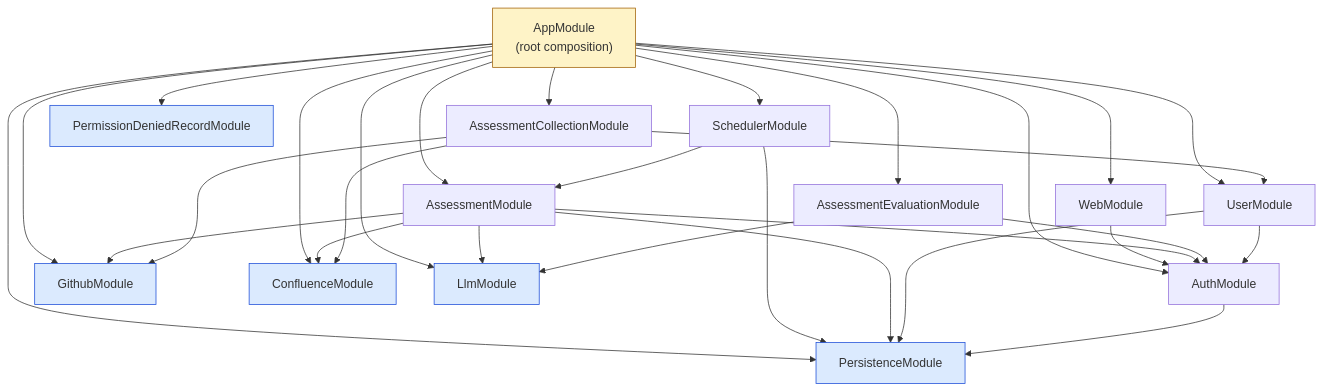
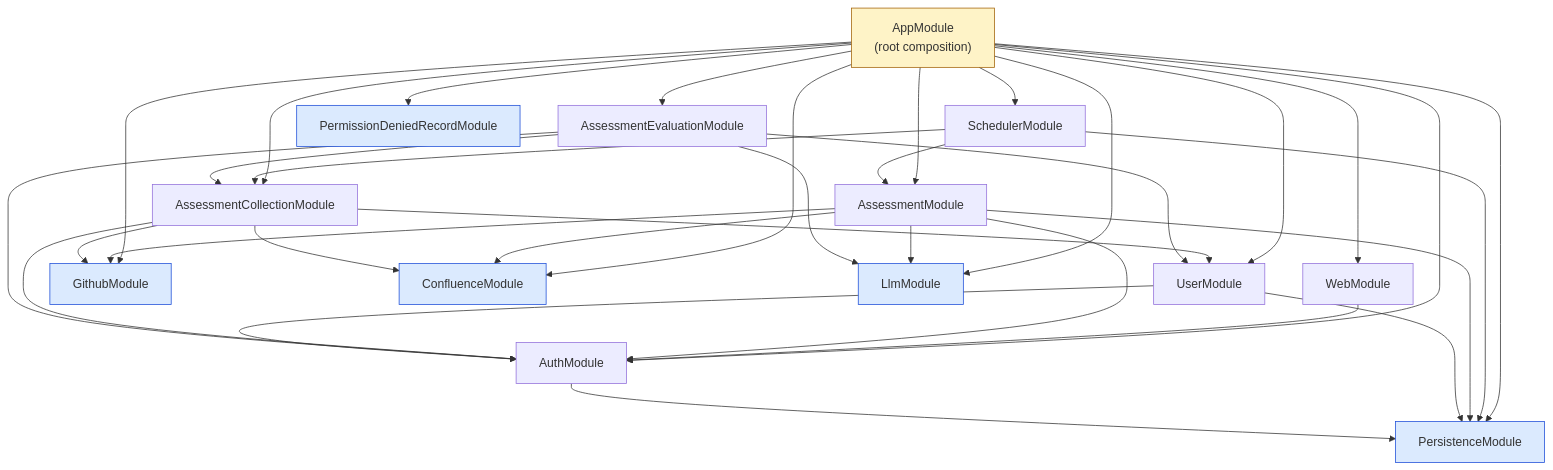
The diagram in docs/architecture/modules.md (myungjoo/Assessment-Agent), drawn with Mermaid before and after one commit. The commit also changed other lines of this file, not shown here.

```diff
--- a/docs/architecture/modules.md
+++ b/docs/architecture/modules.md
@@ -101,6 +101,9 @@
     scheduler --> assessment
     scheduler --> persistence
 
+    %% Scheduler → AssessmentCollection (CollectionTriggerService 재수집 위임, scheduling.module.ts 52 행 실 imports)
+    scheduler --> assessmentCollection
+
     %% Assessment 는 평가 파이프라인 — 모든 adapter + persistence + auth 사용
     assessment --> persistence
     assessment --> auth
@@ -112,10 +115,15 @@
     assessmentCollection --> github
     assessmentCollection --> confluence
     assessmentCollection --> user
+    %% + auth(controller guard, T-0274) — assessment-collection.module.ts 92~98 행 실 imports. RunStatusModule(표 미기재, 각주 참조)도 import
+    assessmentCollection --> auth
 
     %% AssessmentEvaluation (P5 평가) → llm(LLM_GATEWAY useExisting 바인딩, 단방향) + auth(controller guard, ADR-0032)
     assessmentEvaluation --> llm
     assessmentEvaluation --> auth
+    %% + collection(T-0316 period bridge, 단방향) + user(T-0317 PersonService) — assessment-evaluation.module.ts 80 행 실 imports. RunStatusModule(표 미기재, 각주 참조)도 import
+    assessmentEvaluation --> assessmentCollection
+    assessmentEvaluation --> user
 
     %% User → Persistence + Auth
     user --> persistence
```
